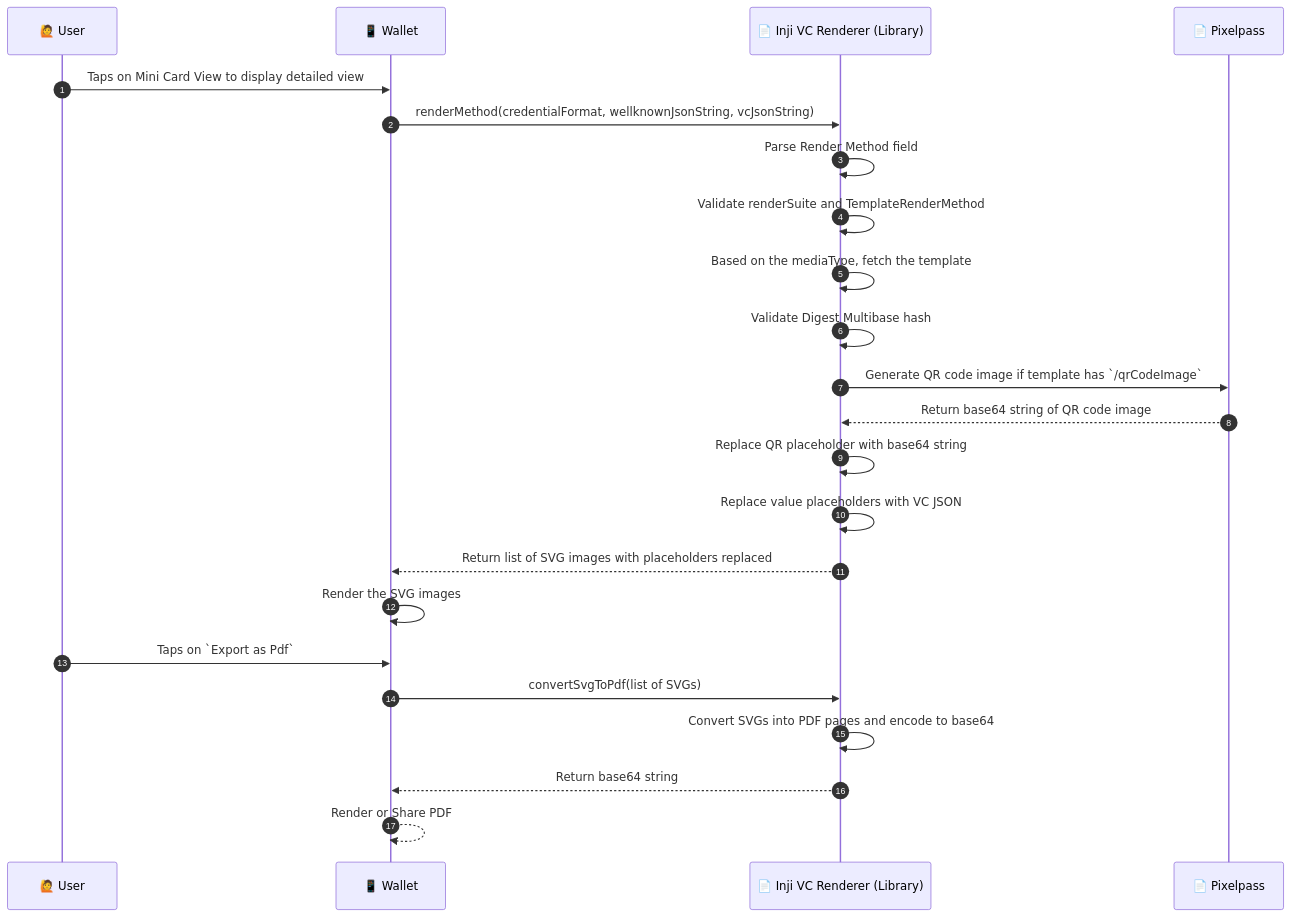
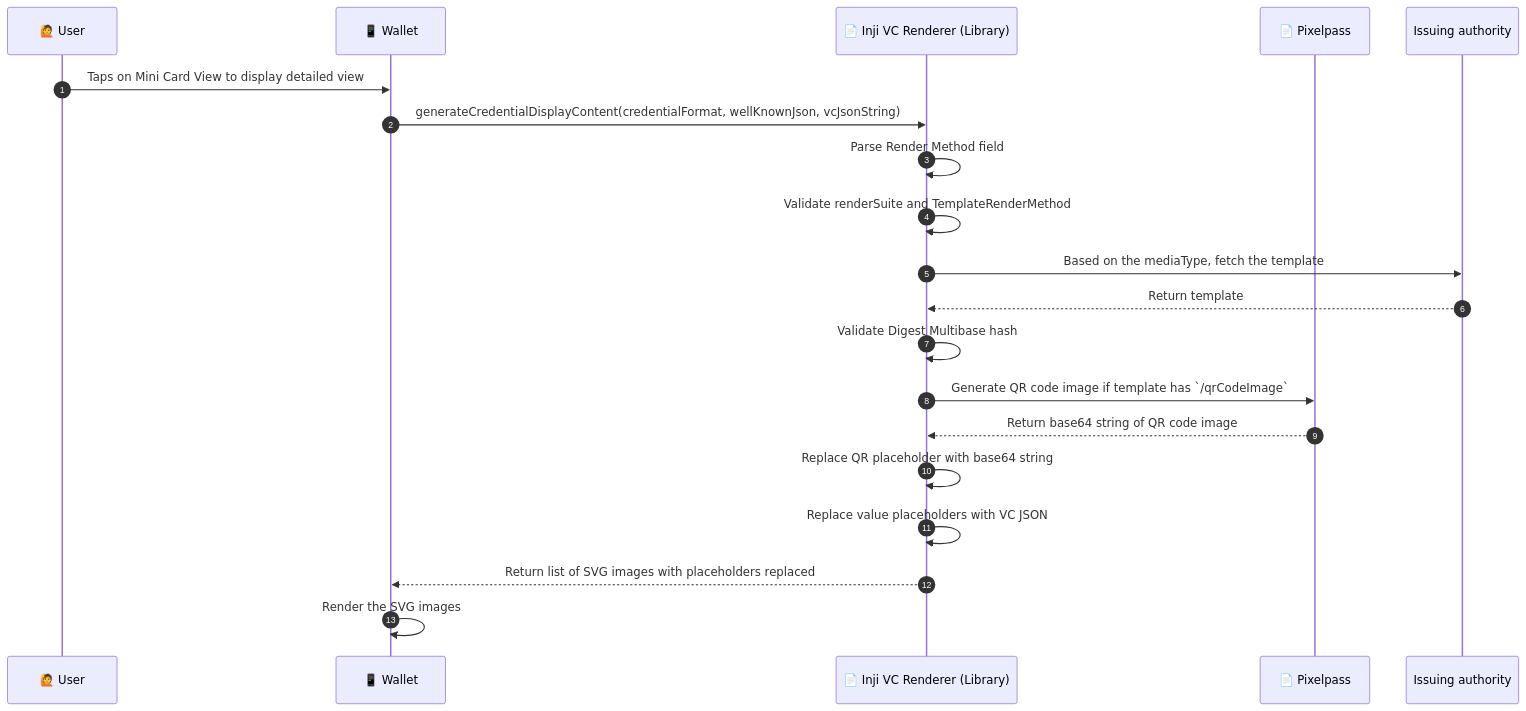
One commit to tw-mosip/inji-vc-renderer changed the first of 2 diagrams in kotlin/docs/inji-vc-renderer-flow.md. Above: the diagram before and after it, drawn with Mermaid. The commit also changed other lines of this file, not shown here.

Commit message:
[INJIMOB-3558] - Update diagram to extract svg to pdf as experimental feature

````diff
--- a/kotlin/docs/inji-vc-renderer-flow.md
+++ b/kotlin/docs/inji-vc-renderer-flow.md
@@ -13,32 +13,25 @@
 ```mermaid
 sequenceDiagram
     autonumber
   participant User as 🙋 User
   participant Wallet as  📱 Wallet
   participant Renderer_Lib as 📄 Inji VC Renderer (Library)
   participant Pixelpass as 📄 Pixelpass
+  participant Issuer as Issuing authority
 
-    %% --- API: renderMethod ---
     User->>Wallet:Taps on Mini Card View to display detailed view
-    Wallet->>Renderer_Lib: renderMethod(credentialFormat, wellknownJsonString, vcJsonString)
+    Wallet->>Renderer_Lib: generateCredentialDisplayContent(credentialFormat, wellKnownJson, vcJsonString)
     Renderer_Lib ->> Renderer_Lib: Parse Render Method field
     Renderer_Lib ->> Renderer_Lib: Validate renderSuite and TemplateRenderMethod
-    Renderer_Lib ->> Renderer_Lib: Based on the mediaType, fetch the template
+    Renderer_Lib ->> Issuer: Based on the mediaType, fetch the template
+    Issuer -->> Renderer_Lib: Return template
     Renderer_Lib ->> Renderer_Lib: Validate Digest Multibase hash
-
     Renderer_Lib ->> Pixelpass: Generate QR code image if template has `/qrCodeImage`
     Pixelpass -->> Renderer_Lib: Return base64 string of QR code image
     Renderer_Lib ->> Renderer_Lib: Replace QR placeholder with base64 string
     Renderer_Lib ->> Renderer_Lib: Replace value placeholders with VC JSON
 
 
     Renderer_Lib -->> Wallet: Return list of SVG images with placeholders replaced
     Wallet->>Wallet: Render the SVG images
-
-    %% --- API: convertSvgToPdf ---
-    User->>Wallet:Taps on `Export as Pdf`
-    Wallet->>Renderer_Lib: convertSvgToPdf(list of SVGs)
-    Renderer_Lib ->> Renderer_Lib: Convert SVGs into PDF pages and encode to base64
-    Renderer_Lib -->> Wallet: Return base64 string
-    Wallet -->> Wallet: Render or Share PDF
 ```
````
